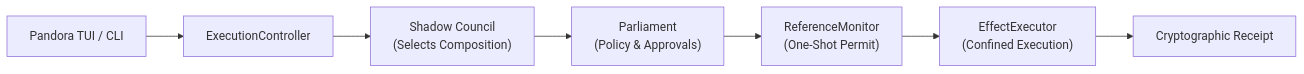
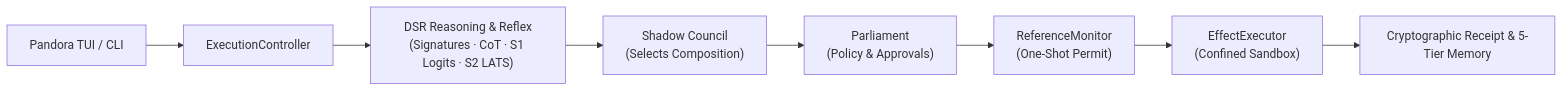
One commit to anisayakmitra-in/AGENT-PANDORA changed the diagram in docs/WHY_PANDORA.md. Above: the diagram before and after it, drawn with Mermaid. The commit also changed other lines of this file and 7 other files, not shown here.

Commit message:
fix(cli): resolve rate-limiting in update command test and add SUNLESS architectural diagrams

````diff
--- a/docs/WHY_PANDORA.md
+++ b/docs/WHY_PANDORA.md
@@ -19,9 +19,10 @@
 ```mermaid
 flowchart LR
     TUI["Pandora TUI / CLI"] --> EC["ExecutionController"]
-    EC --> SC["Shadow Council<br/>(Selects Composition)"]
+    EC --> DSR["DSR Reasoning & Reflex<br/>(Signatures · CoT · S1 Logits · S2 LATS)"]
+    DSR --> SC["Shadow Council<br/>(Selects Composition)"]
     SC --> PAR["Parliament<br/>(Policy & Approvals)"]
     PAR --> RM["ReferenceMonitor<br/>(One-Shot Permit)"]
-    RM --> EX["EffectExecutor<br/>(Confined Execution)"]
-    EX --> RCPT["Cryptographic Receipt"]
+    RM --> EX["EffectExecutor<br/>(Confined Sandbox)"]
+    EX --> RCPT["Cryptographic Receipt & 5-Tier Memory"]
 ```
````
